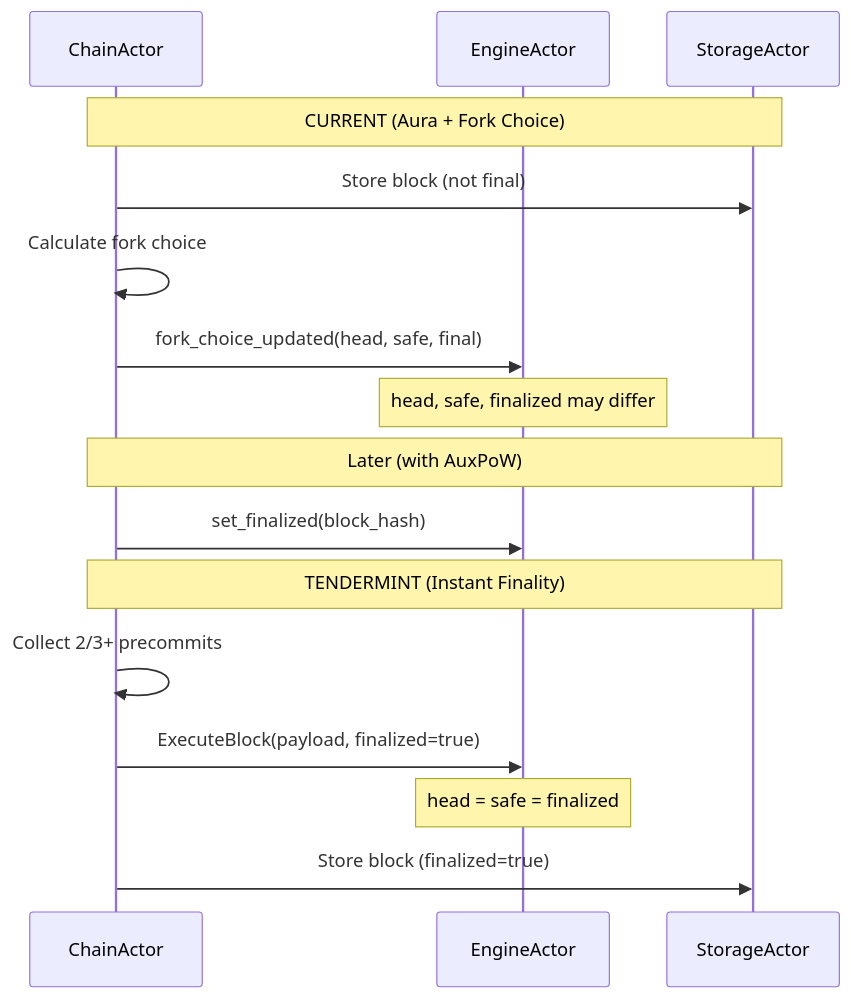
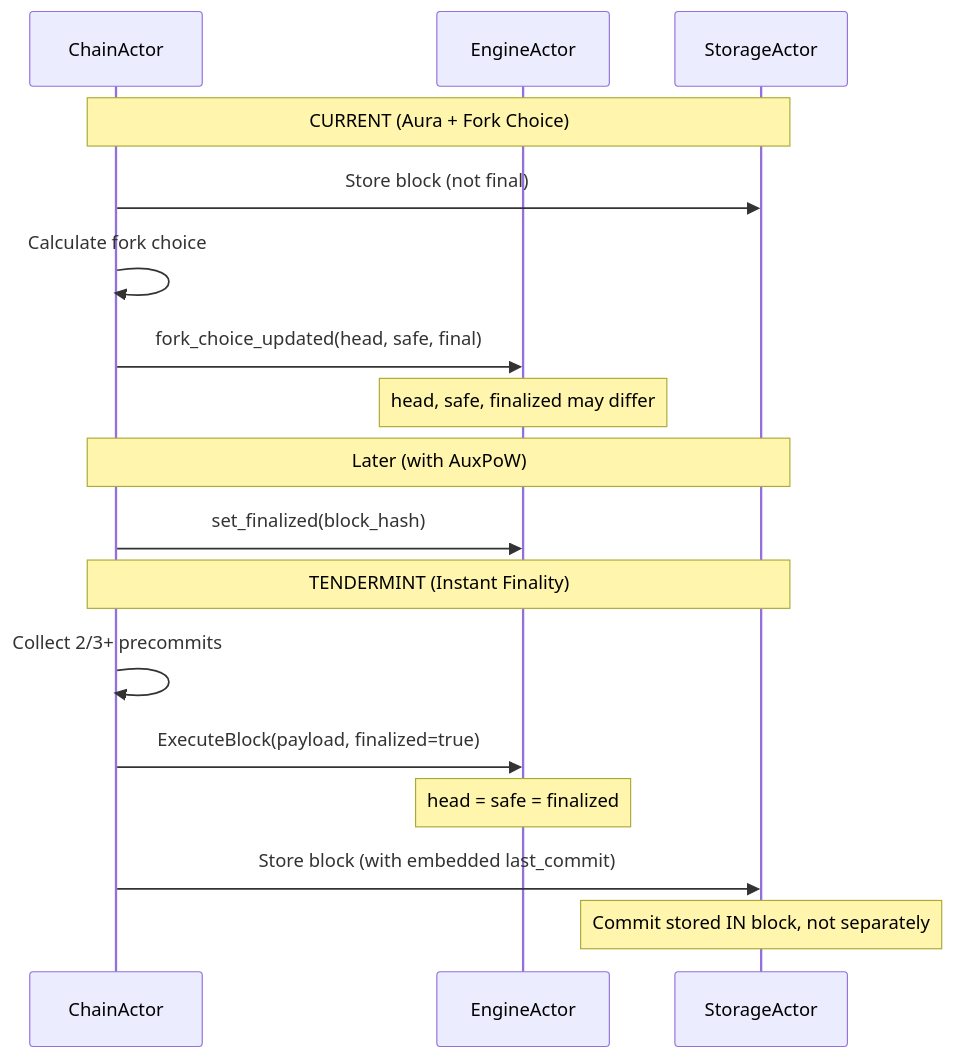
The second of 2 diagrams in docs/v2_alpha/tendermint_implementation/07_EL_COORDINATION.md (AnduroProject/alys), drawn with Mermaid before and after one commit. The commit also changed other lines of this file and 11 other files, not shown here.

````diff
--- a/docs/v2_alpha/tendermint_implementation/07_EL_COORDINATION.md
+++ b/docs/v2_alpha/tendermint_implementation/07_EL_COORDINATION.md
@@ -365,23 +741,24 @@
 ```mermaid
 sequenceDiagram
     participant CL as ChainActor
     participant EL as EngineActor
     participant ST as StorageActor
 
     Note over CL,ST: CURRENT (Aura + Fork Choice)
 
     CL->>ST: Store block (not final)
     CL->>CL: Calculate fork choice
     CL->>EL: fork_choice_updated(head, safe, final)
     Note over EL: head, safe, finalized may differ
 
     Note over CL,ST: Later (with AuxPoW)
     CL->>EL: set_finalized(block_hash)
 
     Note over CL,ST: TENDERMINT (Instant Finality)
 
     CL->>CL: Collect 2/3+ precommits
     CL->>EL: ExecuteBlock(payload, finalized=true)
     Note over EL: head = safe = finalized
-    CL->>ST: Store block (finalized=true)
+    CL->>ST: Store block (with embedded last_commit)
+    Note over ST: Commit stored IN block, not separately
 ```
````
